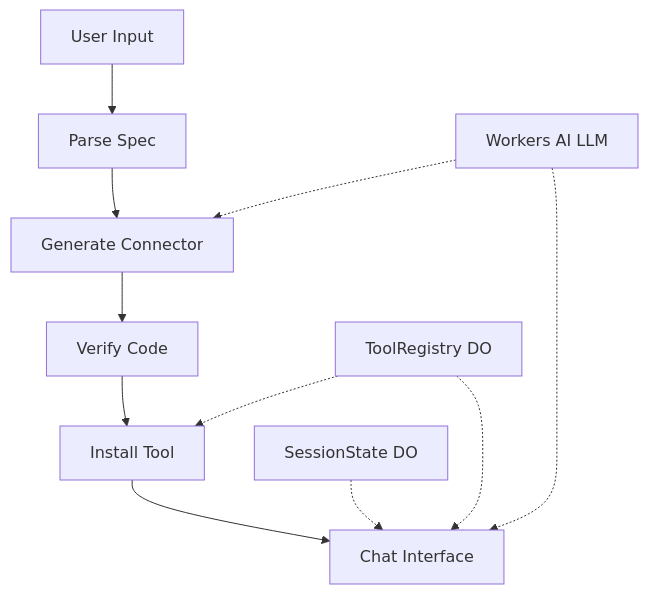
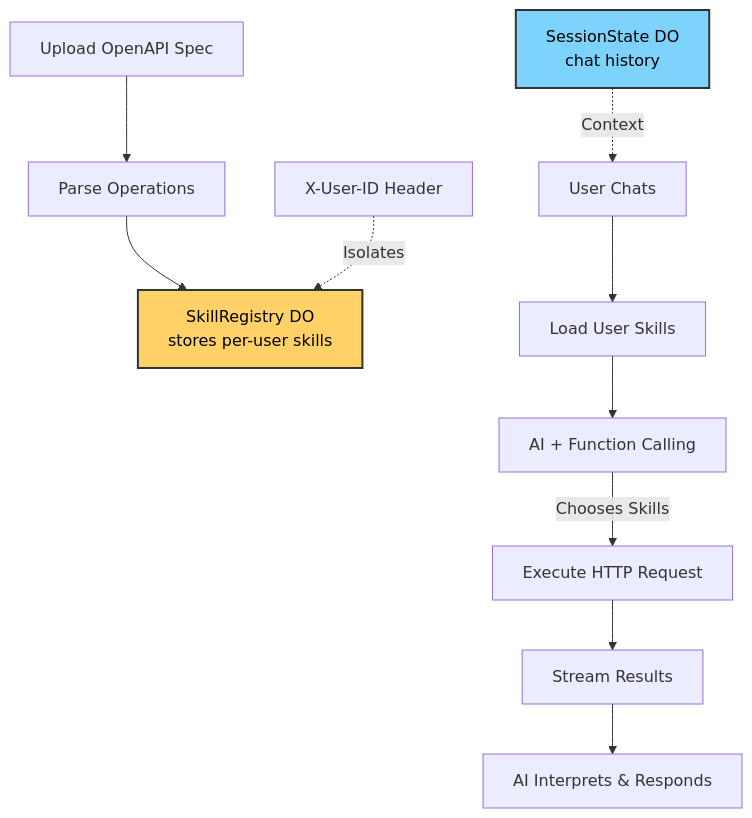
One commit to lesprgm/cf_ai_toolsmith changed the diagram in README.md. Above: the diagram before and after it, drawn with Mermaid. The commit also changed other lines of this file, not shown here.

Commit message:
feat: Revamp README to enhance clarity on API skill registration and usage

````diff
--- a/README.md
+++ b/README.md
@@ -7,15 +15,17 @@
 ```mermaid
-graph TD
-  A[User Input] --> B[Parse Spec]
-  B --> C[Generate Connector]
-  C --> D[Verify Code]
-  D --> E[Install Tool]
-  E --> F[Chat Interface]
-  
-  G[Workers AI LLM] -.-> C
-  G -.-> F
-  
-  H[SessionState DO] -.-> F
-  I[ToolRegistry DO] -.-> E
-  I -.-> F
+graph TB
+    A[Upload OpenAPI Spec] --> B[Parse Operations]
+    B --> C[SkillRegistry DO<br/>stores per-user skills]
+    
+    D[User Chats] --> E[Load User Skills]
+    E --> F[AI + Function Calling]
+    F -->|Chooses Skills| G[Execute HTTP Request]
+    G --> H[Stream Results]
+    H --> I[AI Interprets & Responds]
+    
+    J[SessionState DO<br/>chat history] -.->|Context| D
+    K[X-User-ID Header] -.->|Isolates| C
+    
+  style C fill:#ffd166,stroke:#333,stroke-width:2px,color:#000
+  style J fill:#7dd3fc,stroke:#333,stroke-width:2px,color:#000
 ```
````
